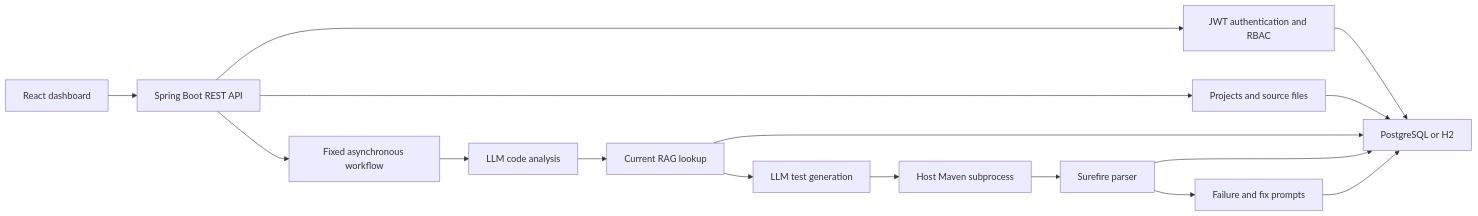
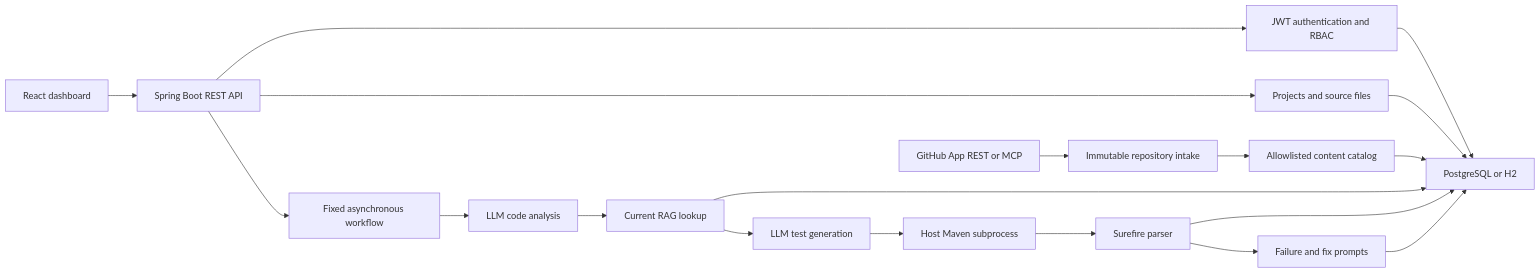
Before and after one commit to adipise5/TestPilot-: the diagram in README.md, drawn with Mermaid. The commit also changed other lines of this file and 114 other files, not shown here.

````diff
--- a/README.md
+++ b/README.md
@@ -27,18 +29,21 @@
 ```mermaid
 flowchart LR
+    GH["GitHub App REST or MCP"] --> INTAKE["Immutable repository intake"]
+    INTAKE --> CATALOG["Allowlisted content catalog"]
     UI["React dashboard"] --> API["Spring Boot REST API"]
     API --> AUTH["JWT authentication and RBAC"]
     API --> DATA["Projects and source files"]
     API --> FLOW["Fixed asynchronous workflow"]
     FLOW --> ANALYZE["LLM code analysis"]
     ANALYZE --> RETRIEVE["Current RAG lookup"]
     RETRIEVE --> GENERATE["LLM test generation"]
     GENERATE --> MAVEN["Host Maven subprocess"]
     MAVEN --> REPORTS["Surefire parser"]
     REPORTS --> FAILURE["Failure and fix prompts"]
     AUTH --> DB["PostgreSQL or H2"]
     DATA --> DB
+    CATALOG --> DB
     RETRIEVE --> DB
     REPORTS --> DB
     FAILURE --> DB
 ```
````
